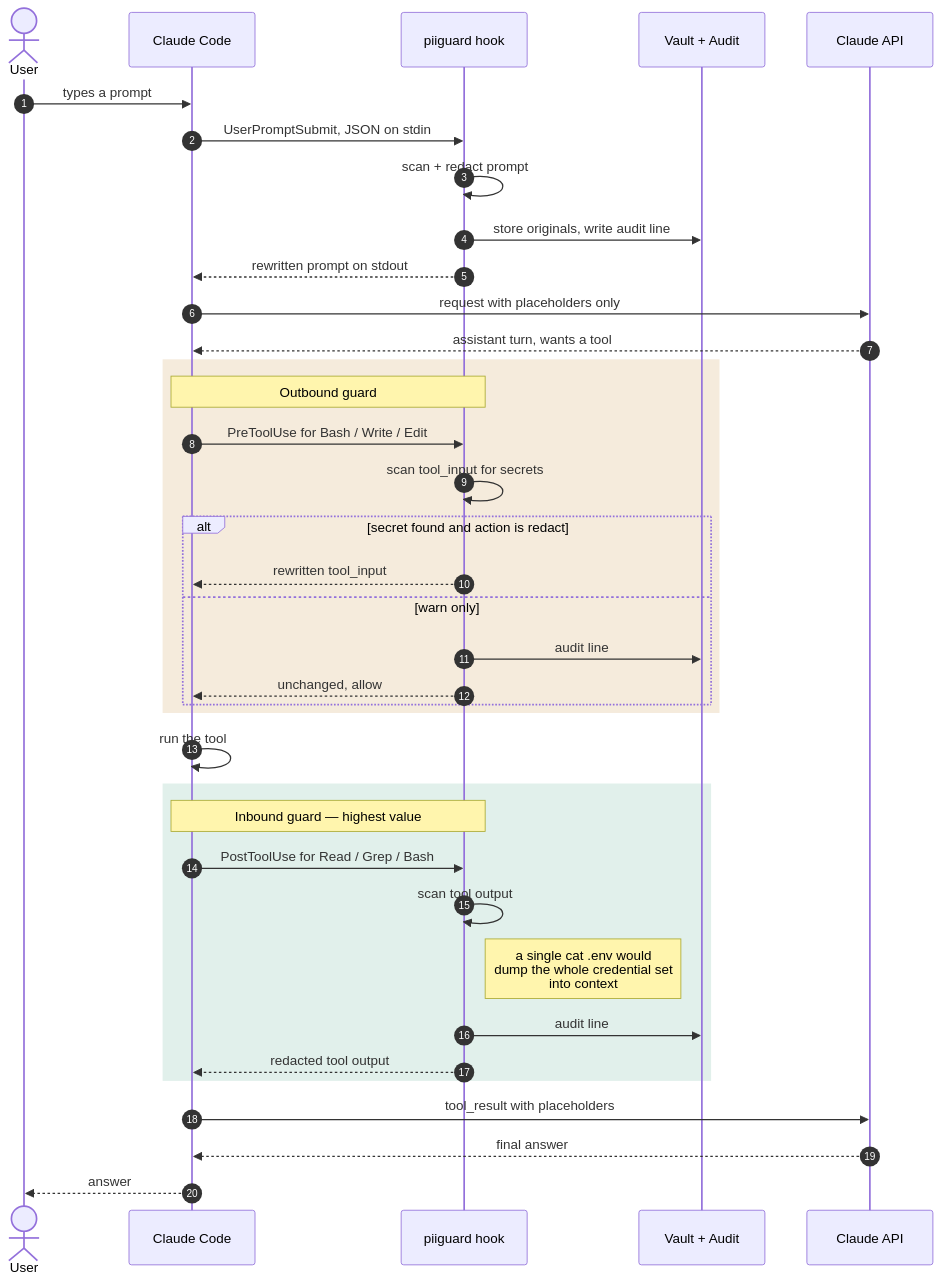
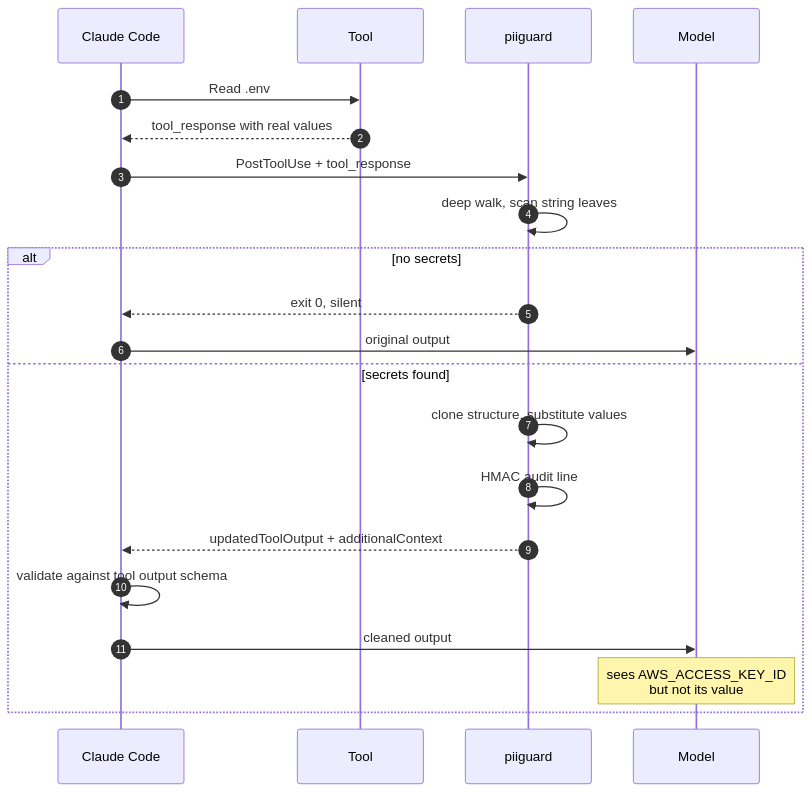
One commit to swinalkm/PIIGuardrail changed the fifth of 13 diagrams in docs/WORKFLOW.md. Above: the diagram before and after it, drawn with Mermaid. The commit also changed other lines of this file and 11 other files, not shown here.

````diff
--- a/docs/WORKFLOW.md
+++ b/docs/WORKFLOW.md
@@ -202,44 +159,25 @@
 ```mermaid
 sequenceDiagram
     autonumber
-    actor U as User
     participant CC as Claude Code
-    participant H as piiguard hook
-    participant V as Vault + Audit
-    participant API as Claude API
+    participant T as Tool
+    participant H as piiguard
+    participant M as Model
 
-    U->>CC: types a prompt
-    CC->>H: UserPromptSubmit, JSON on stdin
-    H->>H: scan + redact prompt
-    H->>V: store originals, write audit line
-    H-->>CC: rewritten prompt on stdout
-    CC->>API: request with placeholders only
-    API-->>CC: assistant turn, wants a tool
+    CC->>T: Read .env
+    T-->>CC: tool_response with real values
+    CC->>H: PostToolUse + tool_response
+    H->>H: deep walk, scan string leaves
 
-    rect rgb(245, 235, 220)
-    note over CC,H: Outbound guard
-    CC->>H: PreToolUse for Bash / Write / Edit
-    H->>H: scan tool_input for secrets
-    alt secret found and action is redact
-        H-->>CC: rewritten tool_input
-    else warn only
-        H->>V: audit line
-        H-->>CC: unchanged, allow
+    alt no secrets
+        H-->>CC: exit 0, silent
+        CC->>M: original output
+    else secrets found
+        H->>H: clone structure, substitute values
+        H->>H: HMAC audit line
+        H-->>CC: updatedToolOutput + additionalContext
+        CC->>CC: validate against tool output schema
+        CC->>M: cleaned output
+        note over M: sees AWS_ACCESS_KEY_ID<br/>but not its value
     end
-    end
-
-    CC->>CC: run the tool
-
-    rect rgb(225, 240, 235)
-    note over CC,H: Inbound guard — highest value
-    CC->>H: PostToolUse for Read / Grep / Bash
-    H->>H: scan tool output
-    note right of H: a single cat .env would<br/>dump the whole credential set<br/>into context
-    H->>V: audit line
-    H-->>CC: redacted tool output
-    end
-
-    CC->>API: tool_result with placeholders
-    API-->>CC: final answer
-    CC-->>U: answer
 ```
````
